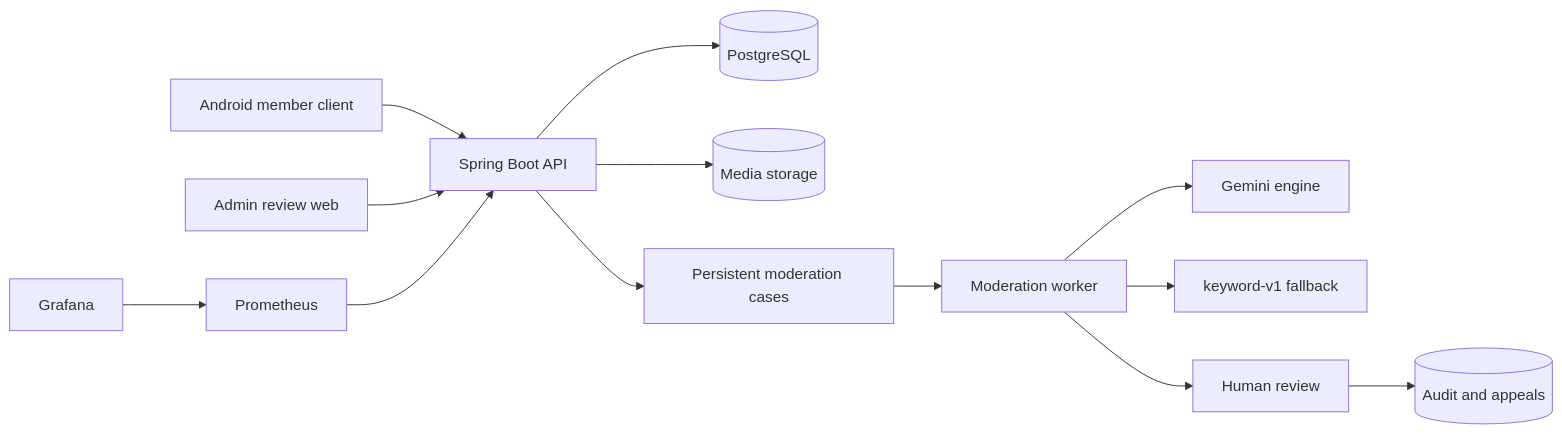
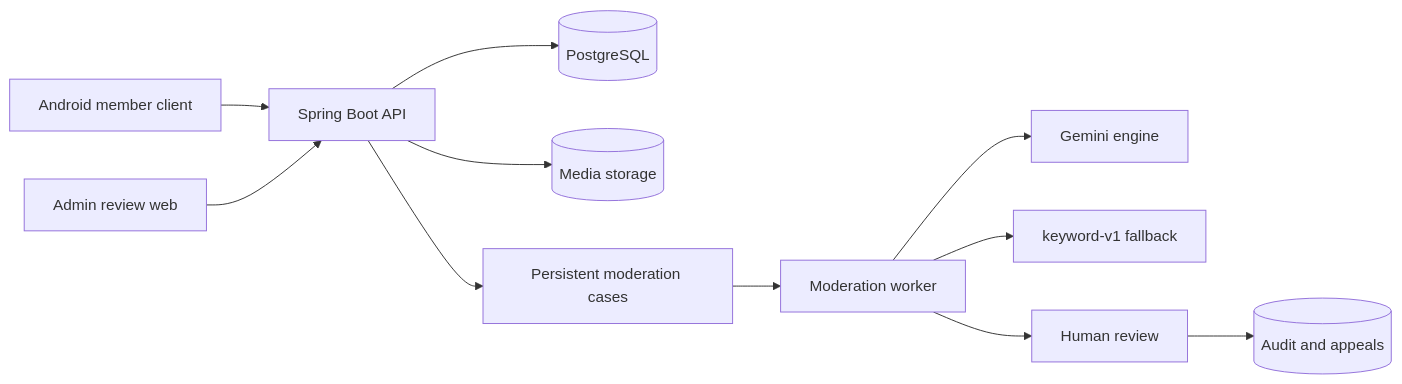
Before and after one commit to Mingjie-Mao/De-moderation: the diagram in docs/backend-project-report.md, drawn with Mermaid. The commit also changed other lines of this file and 109 other files, not shown here.

````diff
--- a/docs/backend-project-report.md
+++ b/docs/backend-project-report.md
@@ -56,15 +53,13 @@
 ```mermaid
 flowchart LR
     Member[Android member client] --> API[Spring Boot API]
     Admin[Admin review web] --> API
     API --> DB[(PostgreSQL)]
     API --> Media[(Media storage)]
     API --> Queue[Persistent moderation cases]
     Queue --> Worker[Moderation worker]
     Worker --> Gemini[Gemini engine]
     Worker --> Keyword[keyword-v1 fallback]
     Worker --> Review[Human review]
     Review --> Audit[(Audit and appeals)]
-    Prometheus --> API
-    Grafana --> Prometheus
 ```
````
